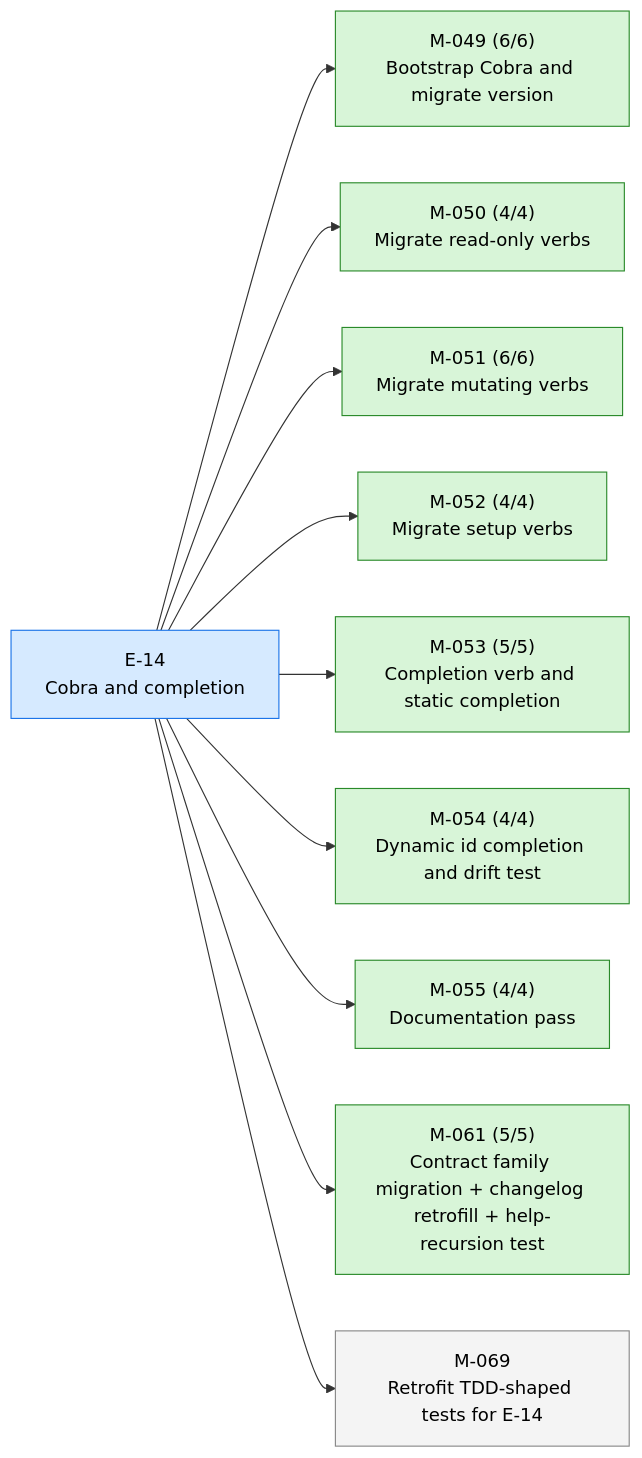
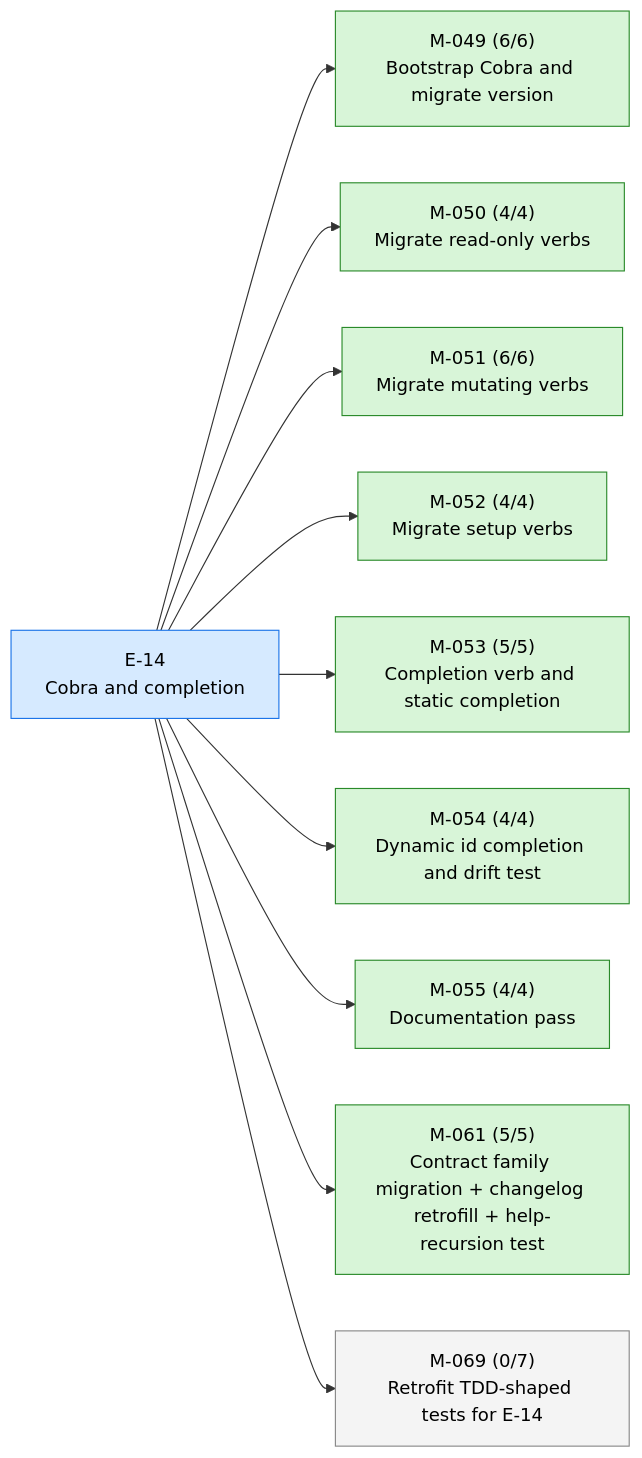
Before and after one commit to 23min/aiwf: the first of 4 diagrams in STATUS.md, drawn with Mermaid. The commit also changed other lines of this file and 1 other file, not shown here.

````diff
--- a/STATUS.md
+++ b/STATUS.md
@@ -19,28 +19,28 @@
 ```mermaid
 flowchart LR
   E_14["E-14<br/>Cobra and completion"]:::epic_active
   M_049["M-049 (6/6)<br/>Bootstrap Cobra and migrate version"]:::ms_done
   E_14 --> M_049
   M_050["M-050 (4/4)<br/>Migrate read-only verbs"]:::ms_done
   E_14 --> M_050
   M_051["M-051 (6/6)<br/>Migrate mutating verbs"]:::ms_done
   E_14 --> M_051
   M_052["M-052 (4/4)<br/>Migrate setup verbs"]:::ms_done
   E_14 --> M_052
   M_053["M-053 (5/5)<br/>Completion verb and static completion"]:::ms_done
   E_14 --> M_053
   M_054["M-054 (4/4)<br/>Dynamic id completion and drift test"]:::ms_done
   E_14 --> M_054
   M_055["M-055 (4/4)<br/>Documentation pass"]:::ms_done
   E_14 --> M_055
   M_061["M-061 (5/5)<br/>Contract family migration + changelog retrofill + help-recursion test"]:::ms_done
   E_14 --> M_061
-  M_069["M-069<br/>Retrofit TDD-shaped tests for E-14"]:::ms_draft
+  M_069["M-069 (0/7)<br/>Retrofit TDD-shaped tests for E-14"]:::ms_draft
   E_14 --> M_069
   classDef epic_active fill:#d6eaff,stroke:#1a73e8,color:#000
   classDef epic_proposed fill:#f4f4f4,stroke:#888,color:#000
   classDef ms_done fill:#d8f5d8,stroke:#2a8a2a,color:#000
   classDef ms_in_progress fill:#fff3c4,stroke:#caa400,color:#000
   classDef ms_draft fill:#f4f4f4,stroke:#888,color:#000
   classDef ms_cancelled fill:#fbeaea,stroke:#c33,color:#000
 ```
````
